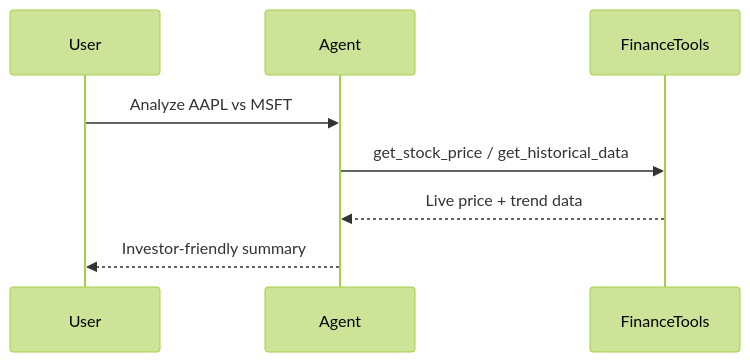
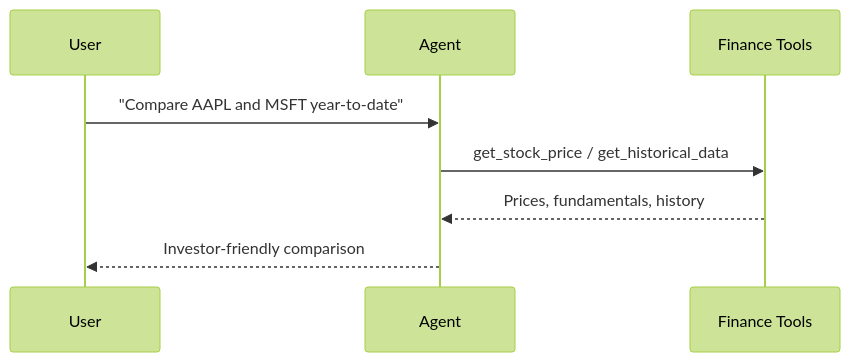
Before and after one commit to MervinPraison/PraisonAIDocs: the second of 2 diagrams in docs/agents/finance.mdx, drawn with Mermaid (forest theme). The commit also changed other lines of this file and 2 other files, not shown here.

Commit message:
docs: AGENTS.md compliance for finance, data-analyst, image agents (#1733)

````diff
--- a/docs/agents/finance.mdx
+++ b/docs/agents/finance.mdx
@@ -89,11 +89,11 @@
 ```mermaid
 sequenceDiagram
     participant User
     participant Agent
-    participant FinanceTools
+    participant Tools as Finance Tools
 
-    User->>Agent: Analyze AAPL vs MSFT
-    Agent->>FinanceTools: get_stock_price / get_historical_data
-    FinanceTools-->>Agent: Live price + trend data
-    Agent-->>User: Investor-friendly summary
+    User->>Agent: "Compare AAPL and MSFT year-to-date"
+    Agent->>Tools: get_stock_price / get_historical_data
+    Tools-->>Agent: Prices, fundamentals, history
+    Agent-->>User: Investor-friendly comparison
 ```
````
